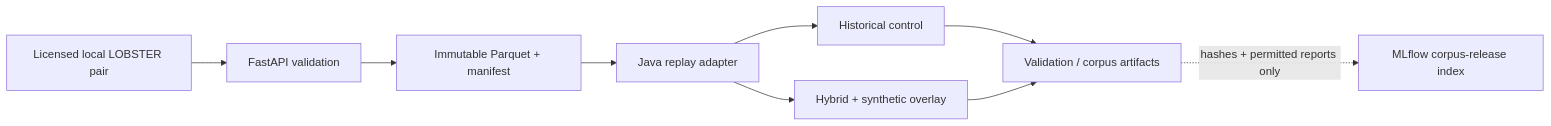
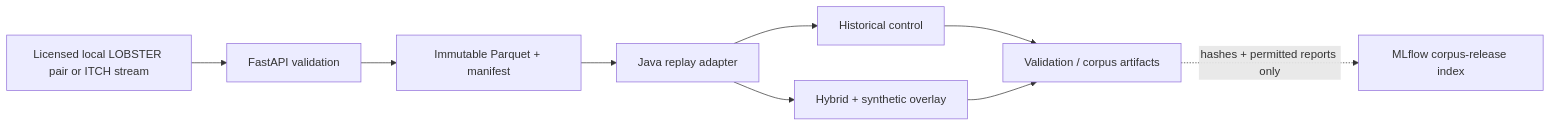
The diagram in docs/architecture/ARD-0022-historical-market-data-ingestion.md (khab40/lob-arena), drawn with Mermaid before and after one commit. The commit also changed other lines of this file and 27 other files, not shown here.

Commit message:
feat: add source-neutral Nasdaq ITCH ingestion

````diff
--- a/docs/architecture/ARD-0022-historical-market-data-ingestion.md
+++ b/docs/architecture/ARD-0022-historical-market-data-ingestion.md
@@ -33,20 +35,20 @@
 ```mermaid
 graph LR
-    Source["Licensed local LOBSTER pair"]
+    Source["Licensed local LOBSTER pair or ITCH stream"]
     FastAPI["FastAPI validation"]
     Dataset["Immutable Parquet + manifest"]
     Java["Java replay adapter"]
     Control["Historical control"]
     Hybrid["Hybrid + synthetic overlay"]
     Evidence["Validation / corpus artifacts"]
     MLflow["MLflow corpus-release index"]
 
     Source --> FastAPI
     FastAPI --> Dataset
     Dataset --> Java
     Java --> Control
     Java --> Hybrid
     Control --> Evidence
     Hybrid --> Evidence
     Evidence -. "hashes + permitted reports only" .-> MLflow
 ```
````
